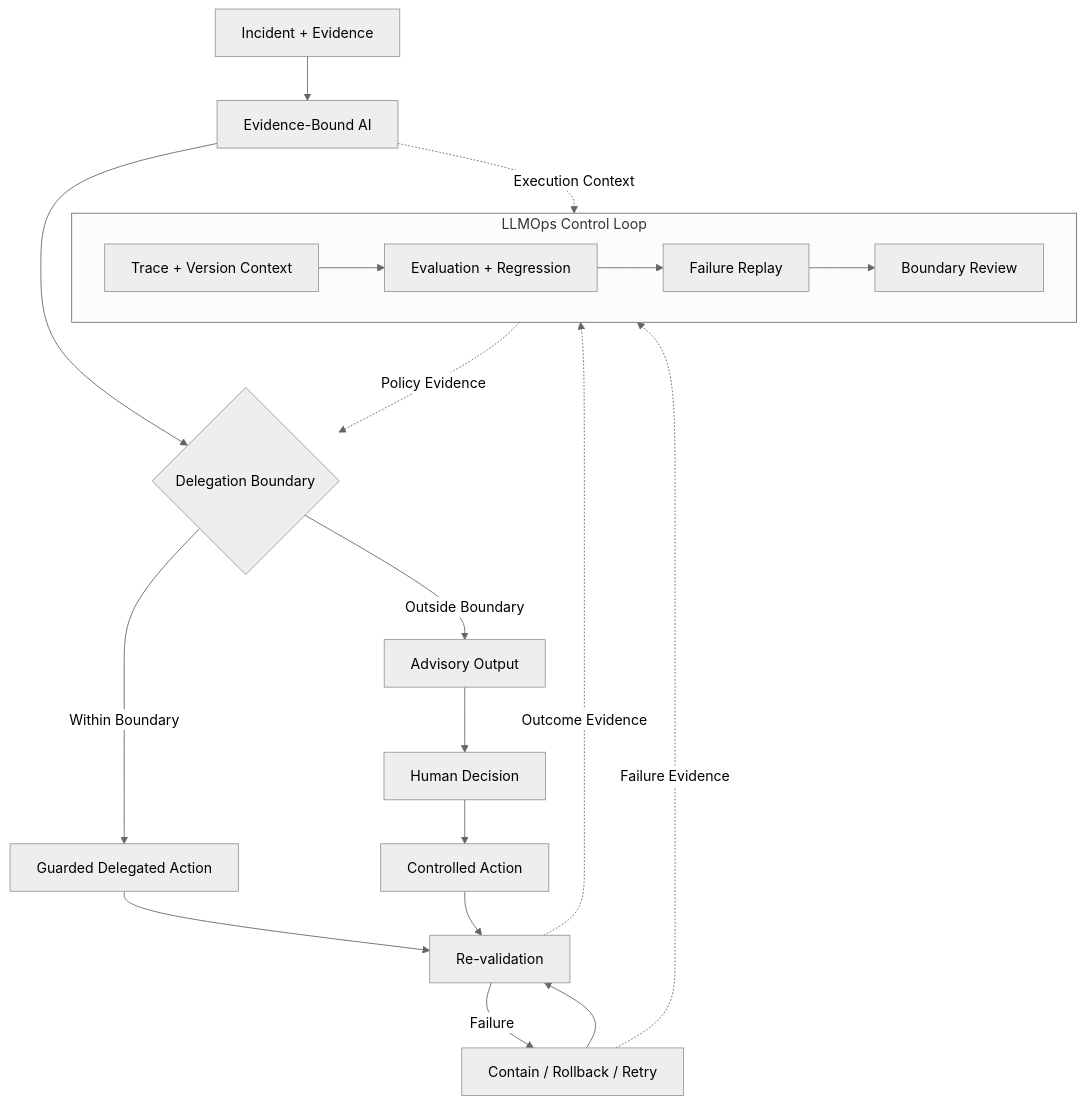
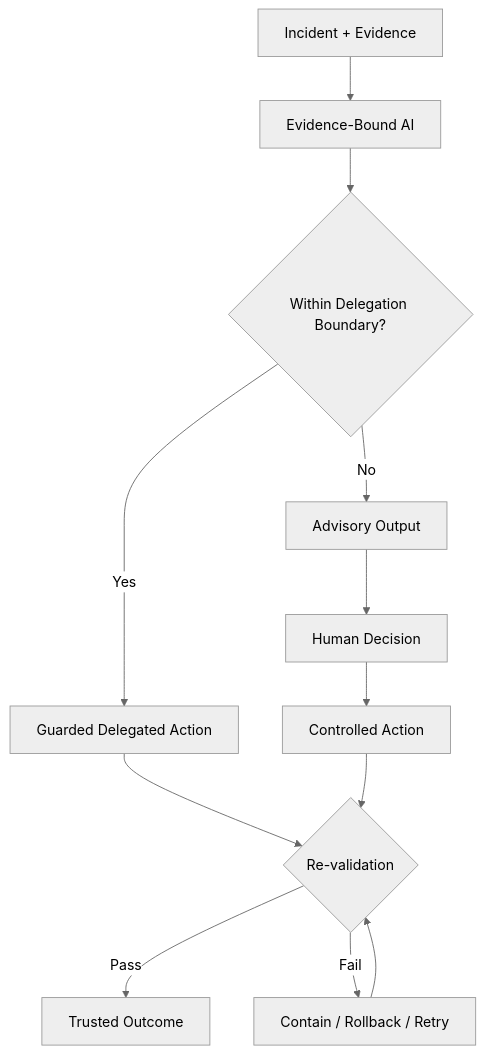
The second of 3 diagrams in docs/VISION.md (mols3131d/hmda-data-reliability), drawn with Mermaid (neutral theme) before and after one commit. The commit also changed other lines of this file, not shown here.

Commit message:
docs: simplify vision mermaid flows

````diff
--- a/docs/VISION.md
+++ b/docs/VISION.md
@@ -79,27 +74,16 @@
 ```mermaid
 flowchart TB
     evidence["Incident + Evidence"] --> ai["Evidence-Bound AI"]
-    ai --> boundary{"Delegation Boundary"}
+    ai --> boundary{"Within Delegation Boundary?"}
 
-    boundary -->|Within Boundary| delegated["Guarded Delegated Action"]
-    boundary -->|Outside Boundary| advisory["Advisory Output"]
+    boundary -->|Yes| delegated["Guarded Delegated Action"]
+    boundary -->|No| advisory["Advisory Output"]
     advisory --> human["Human Decision"]
     human --> controlled["Controlled Action"]
 
-    delegated --> verify["Re-validation"]
+    delegated --> verify{"Re-validation"}
     controlled --> verify
-    verify -->|Failure| recovery["Contain / Rollback / Retry"]
+    verify -->|Pass| outcome["Trusted Outcome"]
+    verify -->|Fail| recovery["Contain / Rollback / Retry"]
     recovery --> verify
-
-    subgraph llmops["LLMOps Control Loop"]
-        direction LR
-        trace["Trace + Version Context"] --> eval["Evaluation + Regression"]
-        eval --> replay["Failure Replay"]
-        replay --> review["Boundary Review"]
-    end
-
-    ai -. Execution Context .-> trace
-    verify -. Outcome Evidence .-> trace
-    recovery -. Failure Evidence .-> trace
-    review -. Policy Evidence .-> boundary
 ```
````
